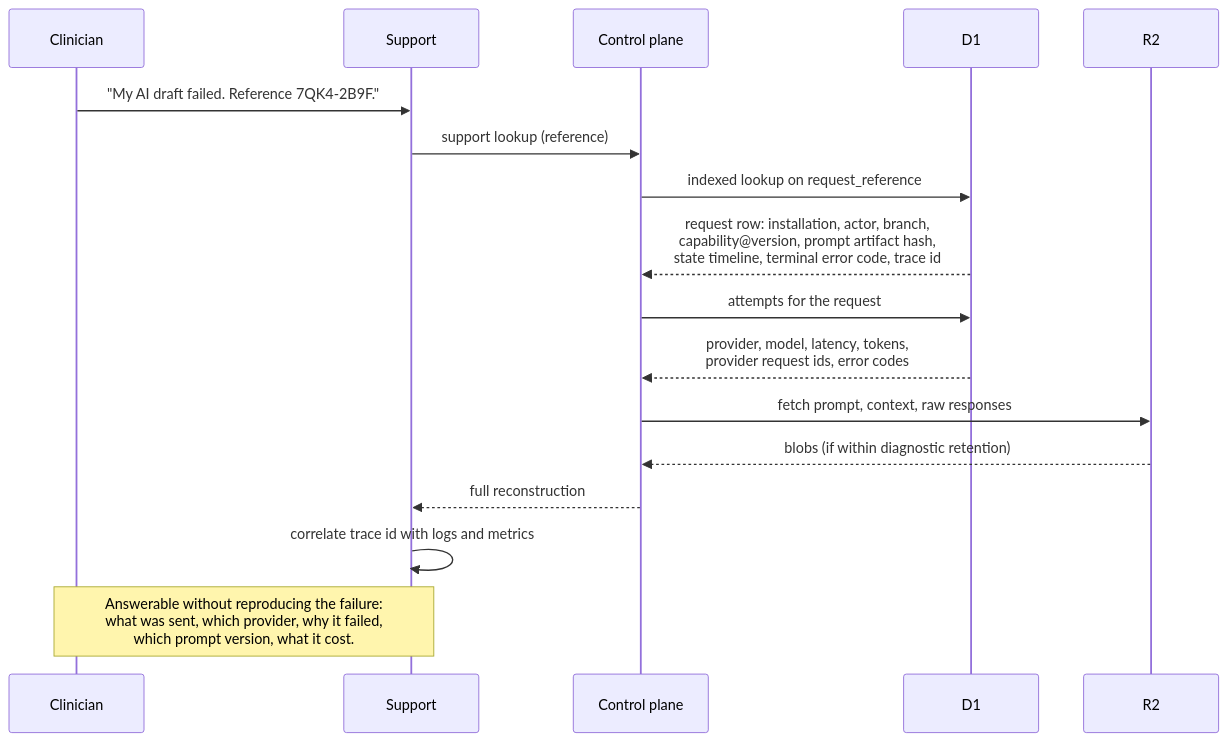
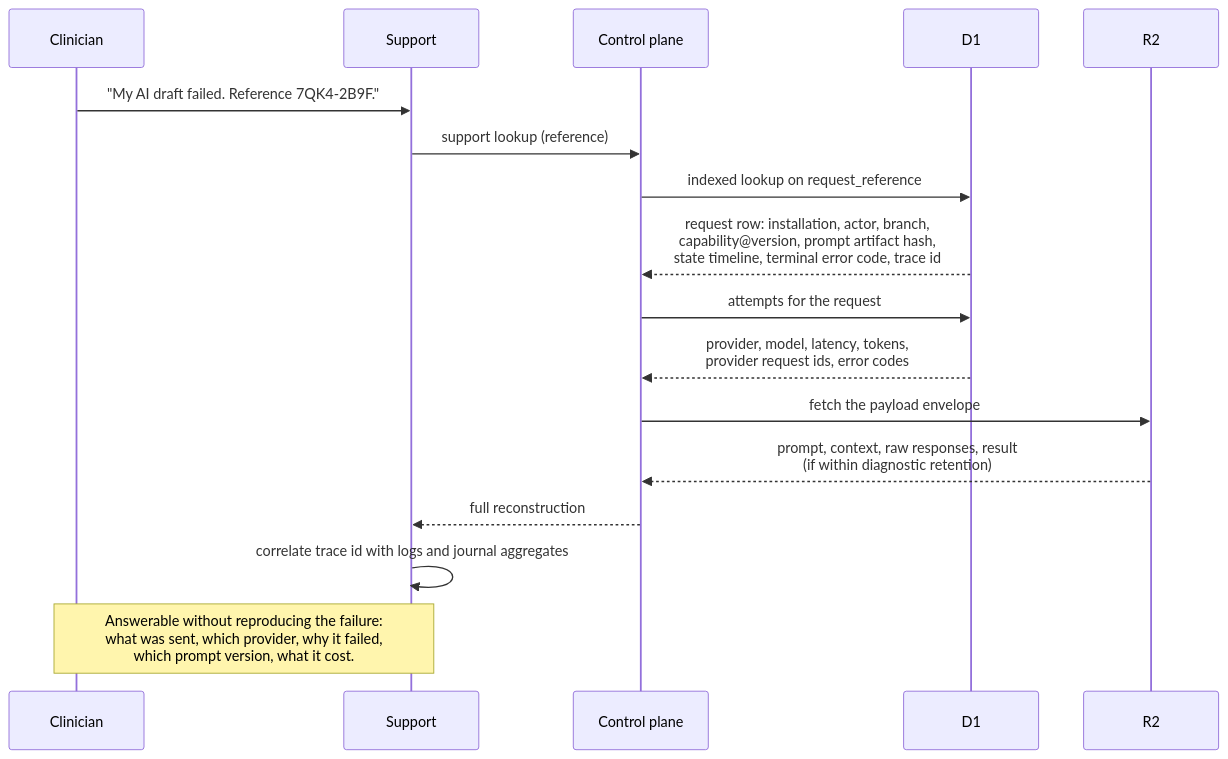
Diagram 15 of 16 in docs/architecture/17-ai-platform.md (haythamosama95/AiClinic), drawn with Mermaid before and after one commit. The commit also changed other lines of this file and 7 other files, not shown here.

Commit message:
Adding AI Platform Architectural Documents and Delivery Plan along with the speckit driving commands

````diff
--- a/docs/architecture/17-ai-platform.md
+++ b/docs/architecture/17-ai-platform.md
@@ -1640,20 +1999,20 @@
 ```mermaid
 sequenceDiagram
     participant U as Clinician
     participant SUP as Support
     participant GW as Control plane
     participant D1 as D1
     participant R2 as R2
 
     U->>SUP: "My AI draft failed. Reference 7QK4-2B9F."
     SUP->>GW: support lookup (reference)
     GW->>D1: indexed lookup on request_reference
     D1-->>GW: request row: installation, actor, branch,<br/>capability@version, prompt artifact hash,<br/>state timeline, terminal error code, trace id
     GW->>D1: attempts for the request
     D1-->>GW: provider, model, latency, tokens,<br/>provider request ids, error codes
-    GW->>R2: fetch prompt, context, raw responses
-    R2-->>GW: blobs (if within diagnostic retention)
+    GW->>R2: fetch the payload envelope
+    R2-->>GW: prompt, context, raw responses, result<br/>(if within diagnostic retention)
     GW-->>SUP: full reconstruction
-    SUP->>SUP: correlate trace id with logs and metrics
+    SUP->>SUP: correlate trace id with logs and journal aggregates
     Note over SUP,U: Answerable without reproducing the failure:<br/>what was sent, which provider, why it failed,<br/>which prompt version, what it cost.
 ```
````
